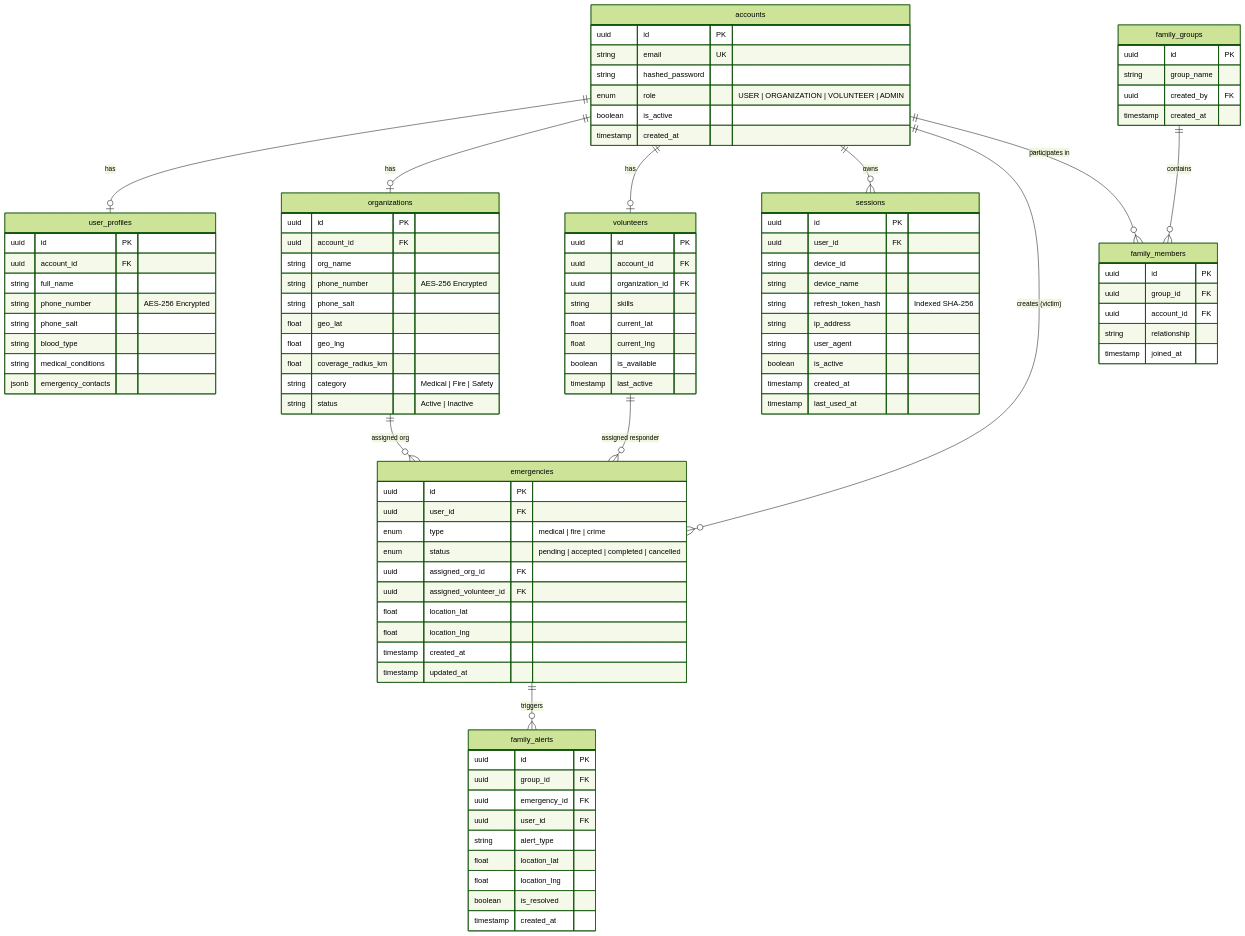
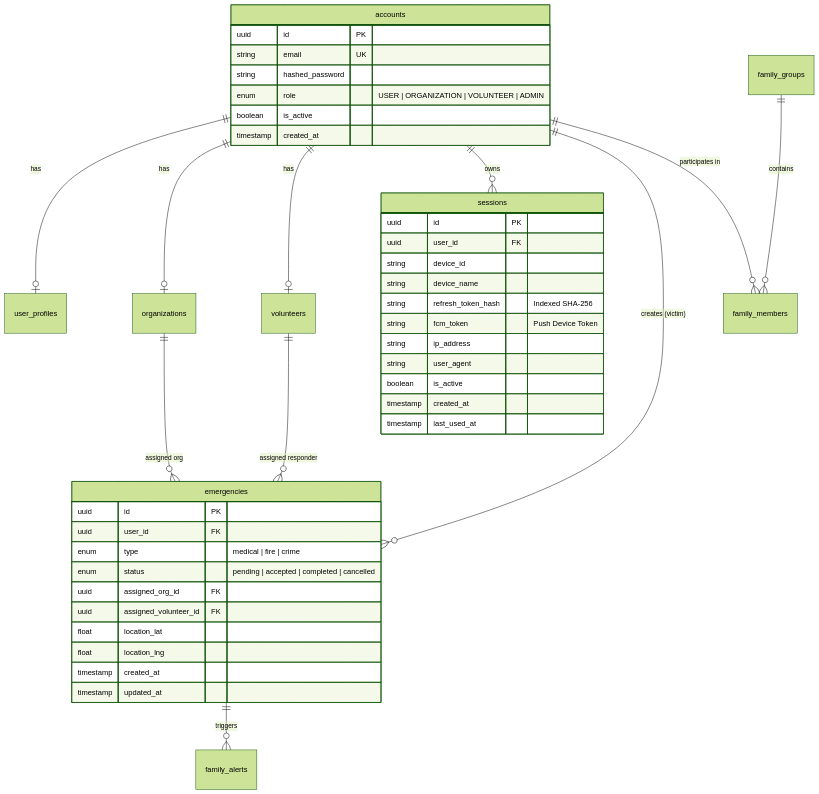
One commit to Script-By-Lin/KhuNyiKalSal changed the fifth of 5 diagrams in system_specification.md. Above: the diagram before and after it, drawn with Mermaid (forest theme). The commit also changed other lines of this file and 5 other files, not shown here.

Commit message:
feat: Allow org to assign emergency to specific volunteer and overhaul mission map view UI

````diff
--- a/system_specification.md
+++ b/system_specification.md
@@ -414,46 +296,12 @@
         string device_id
         string device_name
         string refresh_token_hash "Indexed SHA-256"
+        string fcm_token "Push Device Token"
         string ip_address
         string user_agent
         boolean is_active
         timestamp created_at
         timestamp last_used_at
-    }
-
-    user_profiles {
-        uuid id PK
-        uuid account_id FK
-        string full_name
-        string phone_number "AES-256 Encrypted"
-        string phone_salt
-        string blood_type
-        string medical_conditions
-        jsonb emergency_contacts
-    }
-
-    organizations {
-        uuid id PK
-        uuid account_id FK
-        string org_name
-        string phone_number "AES-256 Encrypted"
-        string phone_salt
-        float geo_lat
-        float geo_lng
-        float coverage_radius_km
-        string category "Medical | Fire | Safety"
-        string status "Active | Inactive"
-    }
-
-    volunteers {
-        uuid id PK
-        uuid account_id FK
-        uuid organization_id FK
-        string skills
-        float current_lat
-        float current_lng
-        boolean is_available
-        timestamp last_active
     }
 
     emergencies {
@@ -468,31 +316,4 @@
         timestamp created_at
         timestamp updated_at
     }
-
-    family_groups {
-        uuid id PK
-        string group_name
-        uuid created_by FK
-        timestamp created_at
-    }
-
-    family_members {
-        uuid id PK
-        uuid group_id FK
-        uuid account_id FK
-        string relationship
-        timestamp joined_at
-    }
-
-    family_alerts {
-        uuid id PK
-        uuid group_id FK
-        uuid emergency_id FK
-        uuid user_id FK
-        string alert_type
-        float location_lat
-        float location_lng
-        boolean is_resolved
-        timestamp created_at
-    }
 ```
````
